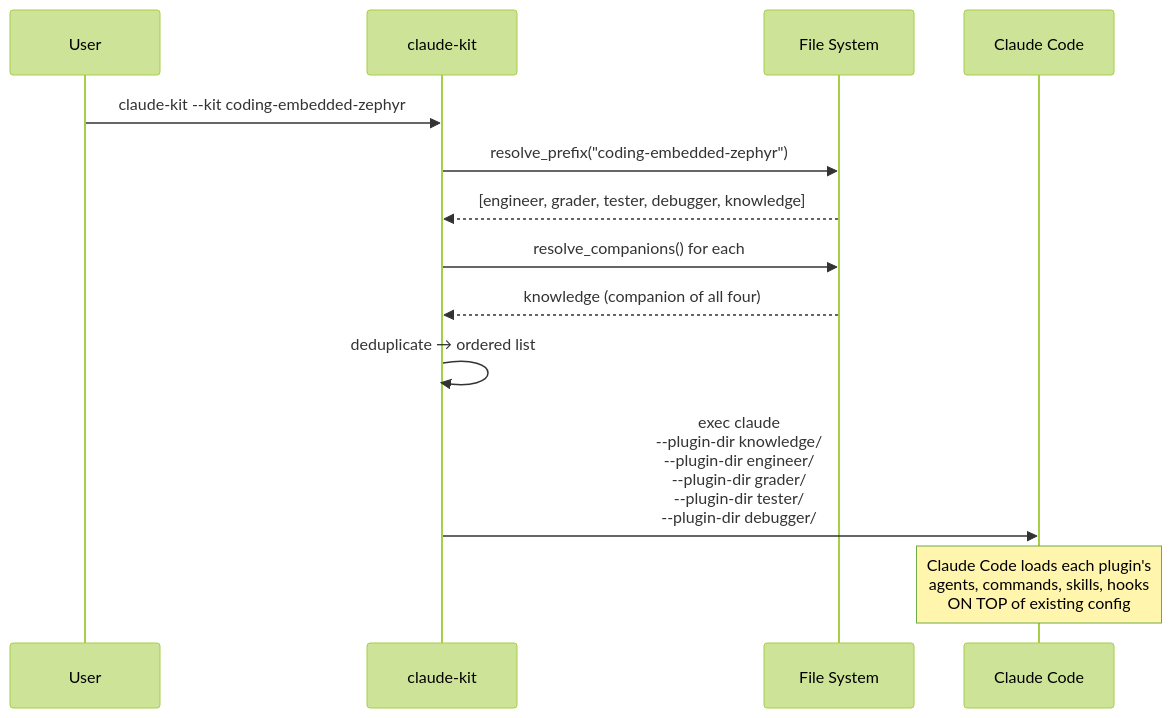
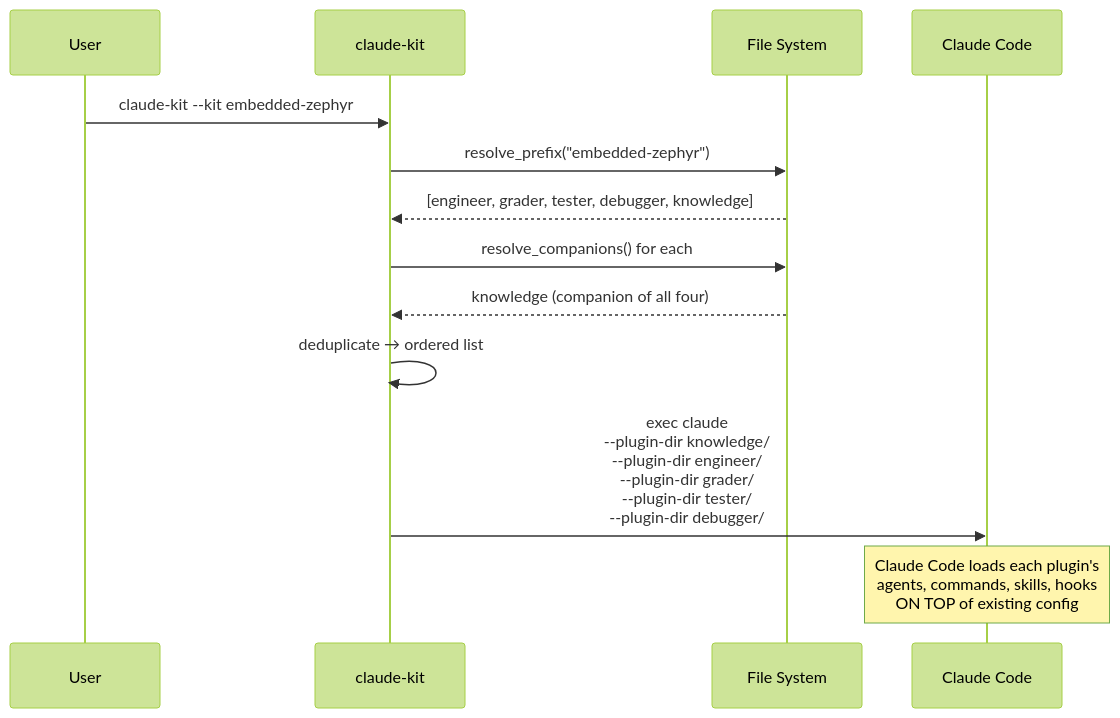
Before and after one commit to MateoSegura/claude-kit: the third of 7 diagrams in README.md, drawn with Mermaid (forest theme). The commit also changed other lines of this file and 679 other files, not shown here.

First line of the commit message:
refactor!: remove redundant coding- prefix from all team plugins (#65)

````diff
--- a/README.md
+++ b/README.md
@@ -131,18 +131,18 @@
 ```mermaid
 sequenceDiagram
     participant User
     participant CK as claude-kit
     participant FS as File System
     participant CC as Claude Code
 
-    User->>CK: claude-kit --kit coding-embedded-zephyr
-    CK->>FS: resolve_prefix("coding-embedded-zephyr")
+    User->>CK: claude-kit --kit embedded-zephyr
+    CK->>FS: resolve_prefix("embedded-zephyr")
     FS-->>CK: [engineer, grader, tester, debugger, knowledge]
     CK->>FS: resolve_companions() for each
     FS-->>CK: knowledge (companion of all four)
     CK->>CK: deduplicate → ordered list
 
     CK->>CC: exec claude<br/>--plugin-dir knowledge/<br/>--plugin-dir engineer/<br/>--plugin-dir grader/<br/>--plugin-dir tester/<br/>--plugin-dir debugger/
 
     Note over CC: Claude Code loads each plugin's<br/>agents, commands, skills, hooks<br/>ON TOP of existing config
 ```
````
